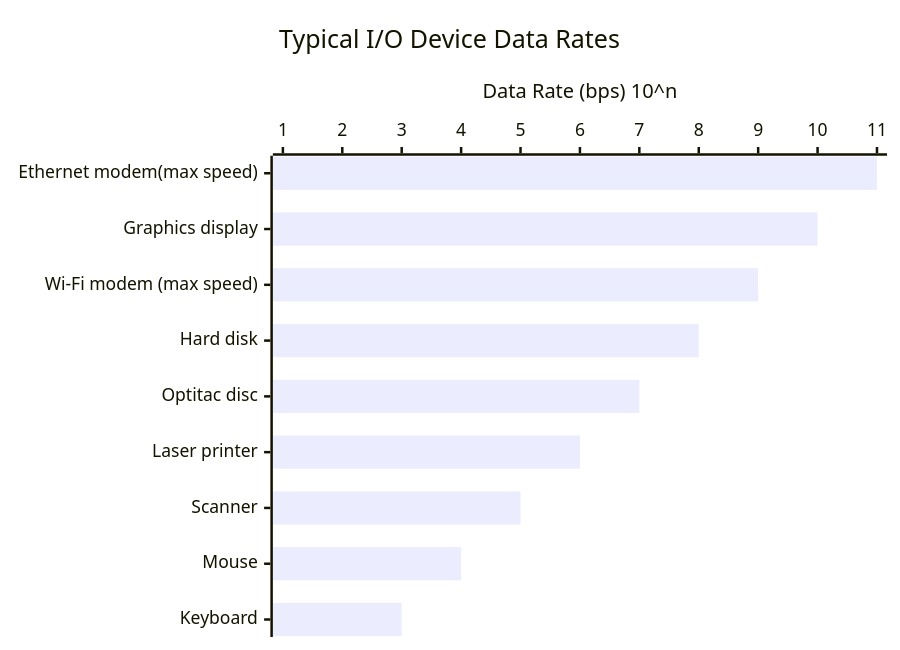
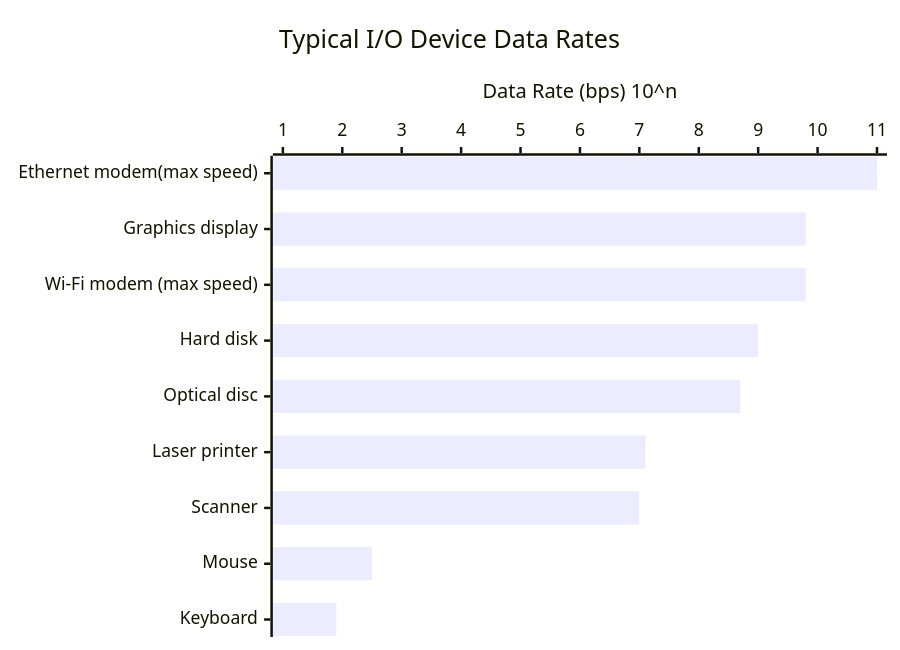
The diagram in src/Note/Arsitektur dan Organisasi Komputer/Bab 2.md (SyafaHadyan/learn), drawn with Mermaid before and after one commit.

Commit message:
Edit graph

````diff
--- a/src/Note/Arsitektur dan Organisasi Komputer/Bab 2.md
+++ b/src/Note/Arsitektur dan Organisasi Komputer/Bab 2.md
@@ -45,7 +45,7 @@
 ```mermaid
 xychart-beta horizontal
     title "Typical I/O Device Data Rates"
-    x-axis ["Ethernet modem(max speed)","Graphics display","Wi-Fi modem (max speed)","Hard disk","Optitac disc","Laser printer","Scanner","Mouse","Keyboard"]
+    x-axis ["Ethernet modem(max speed)","Graphics display","Wi-Fi modem (max speed)","Hard disk","Optical disc","Laser printer","Scanner","Mouse","Keyboard"]
     y-axis "Data Rate (bps) 10^n" 1 --> 11
-    bar [11,10,9,8,7,6,5,4,3,2,1]
+    bar [11,9.8,9.8,9,8.7,7.1,7,2.5,1.9]
 ```
````
